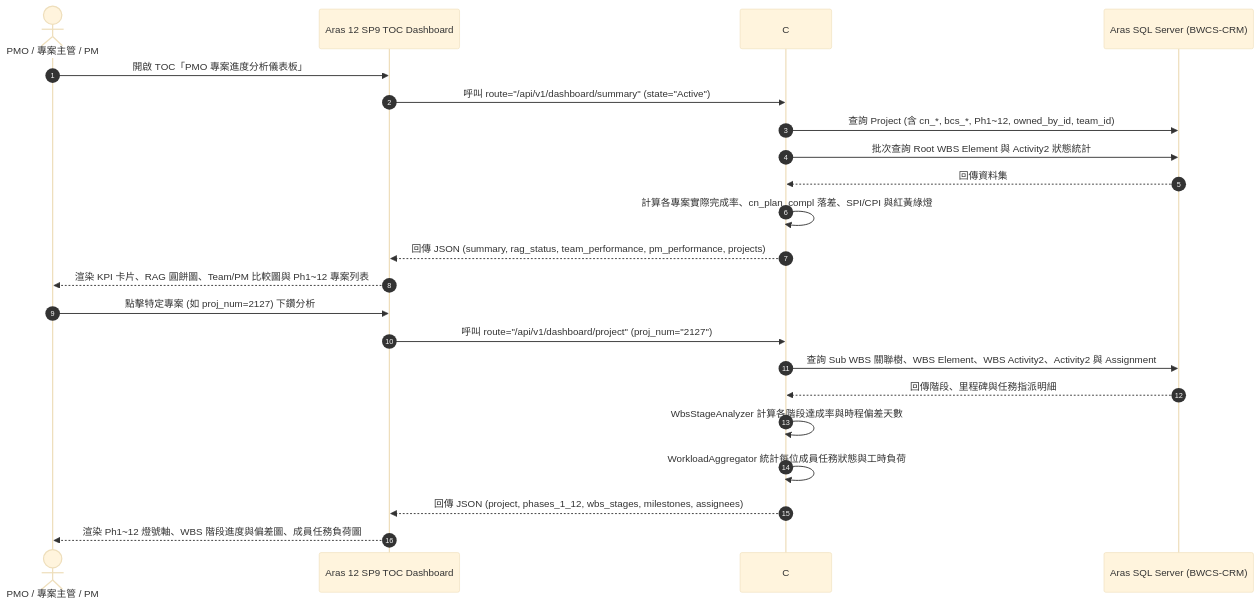
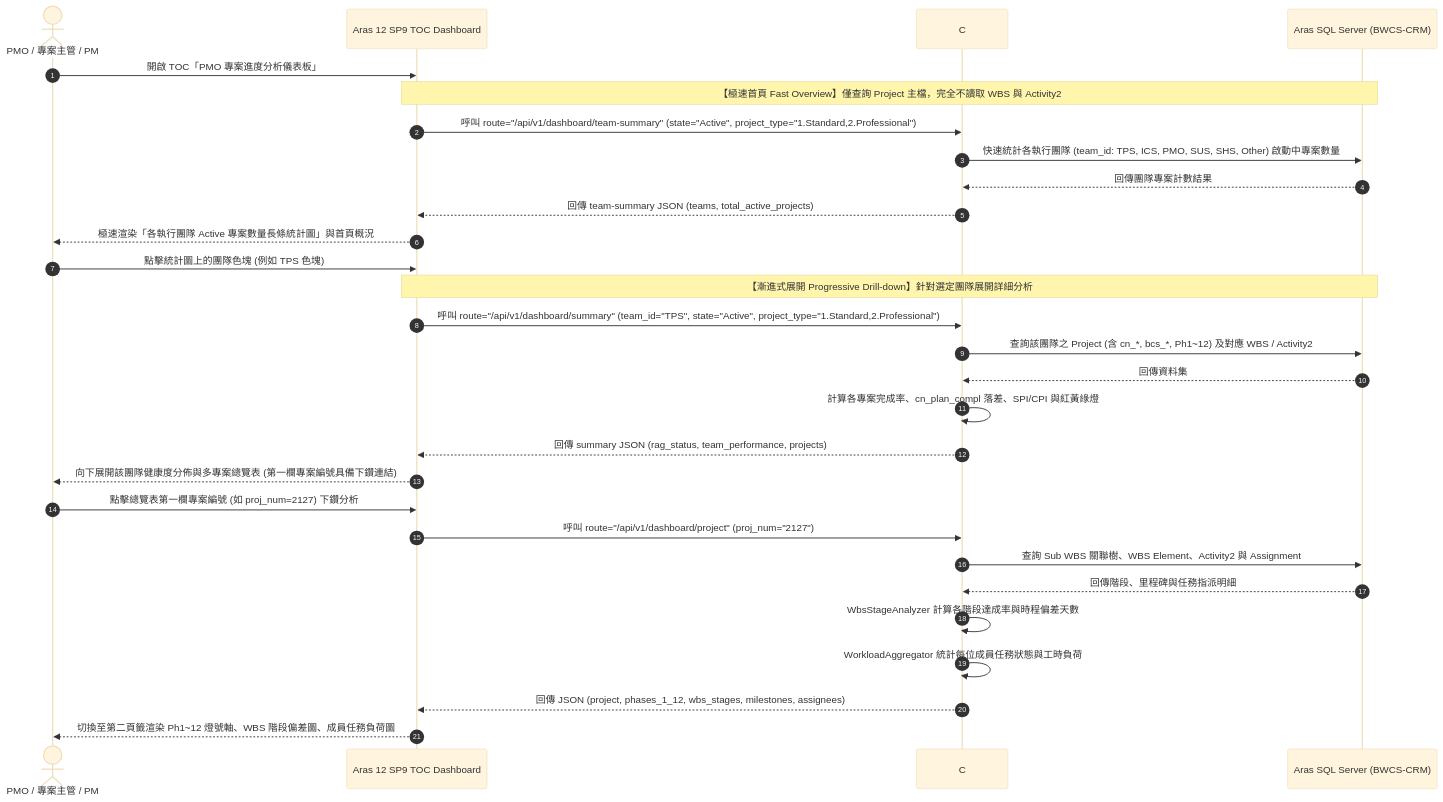
One commit to Jet0718/pmo_static changed the fourth of 8 diagrams in spec.md. Above: the diagram before and after it, drawn with Mermaid (base theme). The commit also changed other lines of this file and 16 other files, not shown here.

Commit message:
feat(perf & filters): 優化首頁極速長條圖、團隊色塊點擊下鑽、專案類型複選、狀態預設Active、團隊選單修正與總覽表專案編號下鑽整合

````diff
--- a/spec.md
+++ b/spec.md
@@ -313,26 +318,34 @@
 ```mermaid
 sequenceDiagram
     autonumber
     actor User as PMO / 專案主管 / PM
     participant TOC as Aras 12 SP9 TOC Dashboard
     participant Method as C# Method (PMO_ProjectAnalytics_API)
     participant DB as Aras SQL Server (BWCS-CRM)
 
     User->>TOC: 開啟 TOC「PMO 專案進度分析儀表板」
-    TOC->>Method: 呼叫 route="/api/v1/dashboard/summary" (state="Active")
-    Method->>DB: 查詢 Project (含 cn_*, bcs_*, Ph1~12, owned_by_id, team_id)
-    Method->>DB: 批次查詢 Root WBS Element 與 Activity2 狀態統計
+    Note over TOC,DB: 【極速首頁 Fast Overview】僅查詢 Project 主檔，完全不讀取 WBS 與 Activity2
+    TOC->>Method: 呼叫 route="/api/v1/dashboard/team-summary" (state="Active", project_type="1.Standard,2.Professional")
+    Method->>DB: 快速統計各執行團隊 (team_id: TPS, ICS, PMO, SUS, SHS, Other) 啟動中專案數量
+    DB-->>Method: 回傳團隊專案計數結果
+    Method-->>TOC: 回傳 team-summary JSON (teams, total_active_projects)
+    TOC-->>User: 極速渲染「各執行團隊 Active 專案數量長條統計圖」與首頁概況
+
+    User->>TOC: 點擊統計圖上的團隊色塊 (例如 TPS 色塊)
+    Note over TOC,DB: 【漸進式展開 Progressive Drill-down】針對選定團隊展開詳細分析
+    TOC->>Method: 呼叫 route="/api/v1/dashboard/summary" (team_id="TPS", state="Active", project_type="1.Standard,2.Professional")
+    Method->>DB: 查詢該團隊之 Project (含 cn_*, bcs_*, Ph1~12) 及對應 WBS / Activity2
     DB-->>Method: 回傳資料集
-    Method->>Method: 計算各專案實際完成率、cn_plan_compl 落差、SPI/CPI 與紅黃綠燈
-    Method-->>TOC: 回傳 JSON (summary, rag_status, team_performance, pm_performance, projects)
-    TOC-->>User: 渲染 KPI 卡片、RAG 圓餅圖、Team/PM 比較圖與 Ph1~12 專案列表
+    Method->>Method: 計算各專案完成率、cn_plan_compl 落差、SPI/CPI 與紅黃綠燈
+    Method-->>TOC: 回傳 summary JSON (rag_status, team_performance, projects)
+    TOC-->>User: 向下展開該團隊健康度分佈與多專案總覽表 (第一欄專案編號具備下鑽連結)
 
-    User->>TOC: 點擊特定專案 (如 proj_num=2127) 下鑽分析
+    User->>TOC: 點擊總覽表第一欄專案編號 (如 proj_num=2127) 下鑽分析
     TOC->>Method: 呼叫 route="/api/v1/dashboard/project" (proj_num="2127")
-    Method->>DB: 查詢 Sub WBS 關聯樹、WBS Element、WBS Activity2、Activity2 與 Assignment
+    Method->>DB: 查詢 Sub WBS 關聯樹、WBS Element、Activity2 與 Assignment
     DB-->>Method: 回傳階段、里程碑與任務指派明細
     Method->>Method: WbsStageAnalyzer 計算各階段達成率與時程偏差天數
     Method->>Method: WorkloadAggregator 統計每位成員任務狀態與工時負荷
     Method-->>TOC: 回傳 JSON (project, phases_1_12, wbs_stages, milestones, assignees)
-    TOC-->>User: 渲染 Ph1~12 燈號軸、WBS 階段進度與偏差圖、成員任務負荷圖
+    TOC-->>User: 切換至第二頁籤渲染 Ph1~12 燈號軸、WBS 階段偏差圖、成員任務負荷圖
 ```
````
